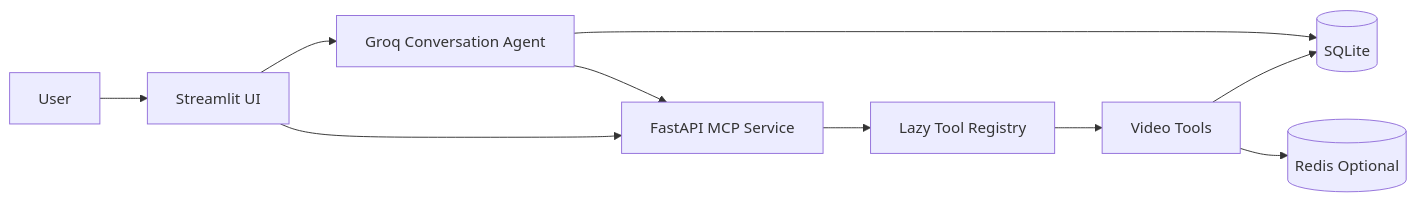
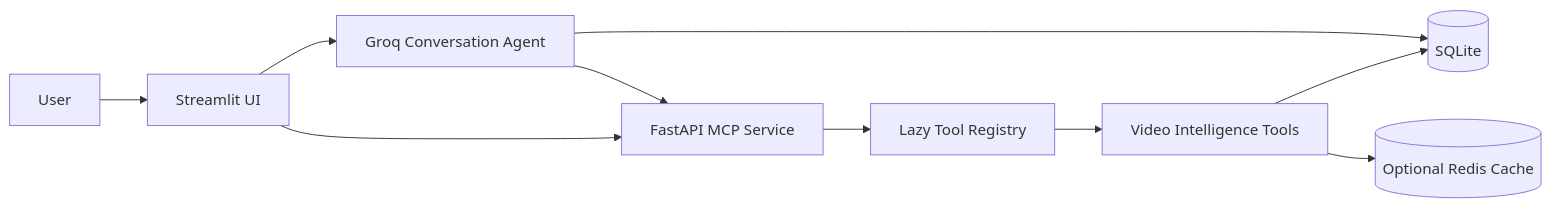
One commit to Alexi5000/Bri changed the diagram in README.md. Above: the diagram before and after it, drawn with Mermaid. The commit also changed other lines of this file and 2 other files, not shown here.

````diff
--- a/README.md
+++ b/README.md
@@ -35,12 +35,12 @@
 ```mermaid
 flowchart LR
     User[User] --> UI[Streamlit UI]
     UI --> API[FastAPI MCP Service]
     API --> Registry[Lazy Tool Registry]
-    Registry --> Tools[Video Tools]
+    Registry --> Tools[Video Intelligence Tools]
     Tools --> DB[(SQLite)]
-    Tools --> Cache[(Redis Optional)]
+    Tools --> Cache[(Optional Redis Cache)]
     UI --> Agent[Groq Conversation Agent]
     Agent --> DB
     Agent --> API
 ```
````
